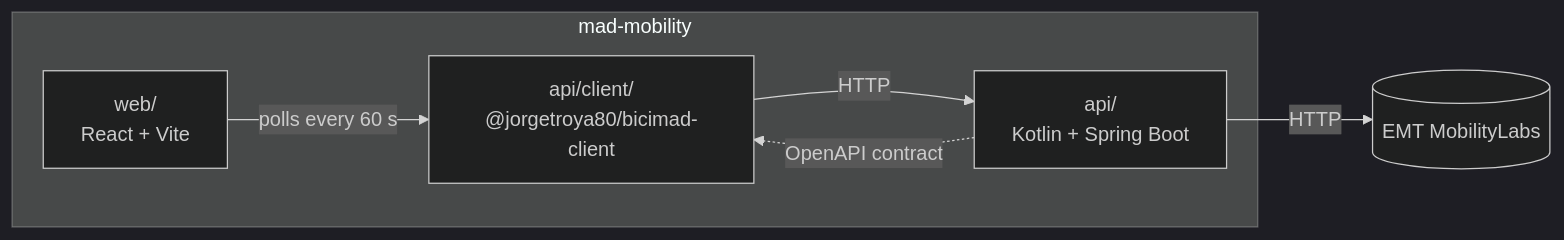
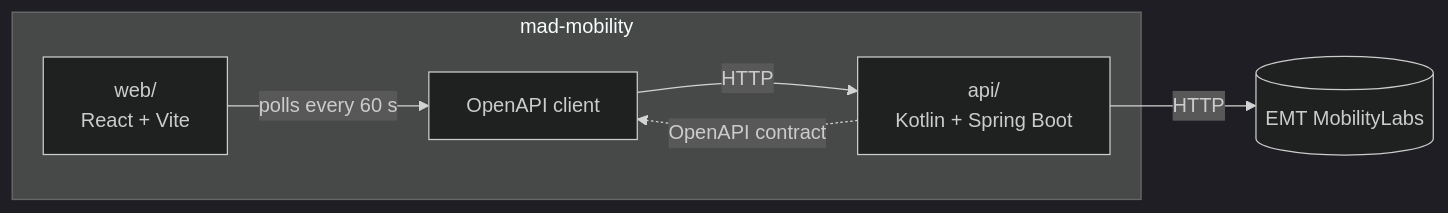
The diagram in README.md (jorgetroya80/mad-mobility), drawn with Mermaid (dark theme) before and after one commit. The commit also changed other lines of this file, not shown here.

````diff
--- a/README.md
+++ b/README.md
@@ -23,14 +40,14 @@
 ```mermaid
 flowchart LR
     subgraph repo[mad-mobility]
         web["web/<br/>React + Vite"]
-        client["api/client/<br/>@jorgetroya80/bicimad-client"]
+        client["OpenAPI client"]
         api["api/<br/>Kotlin + Spring Boot"]
     end
     emt[(EMT MobilityLabs)]
 
     web -->|polls every 60 s| client
     client -->|HTTP| api
     api -->|HTTP| emt
     api -. OpenAPI contract .-> client
 ```
````
